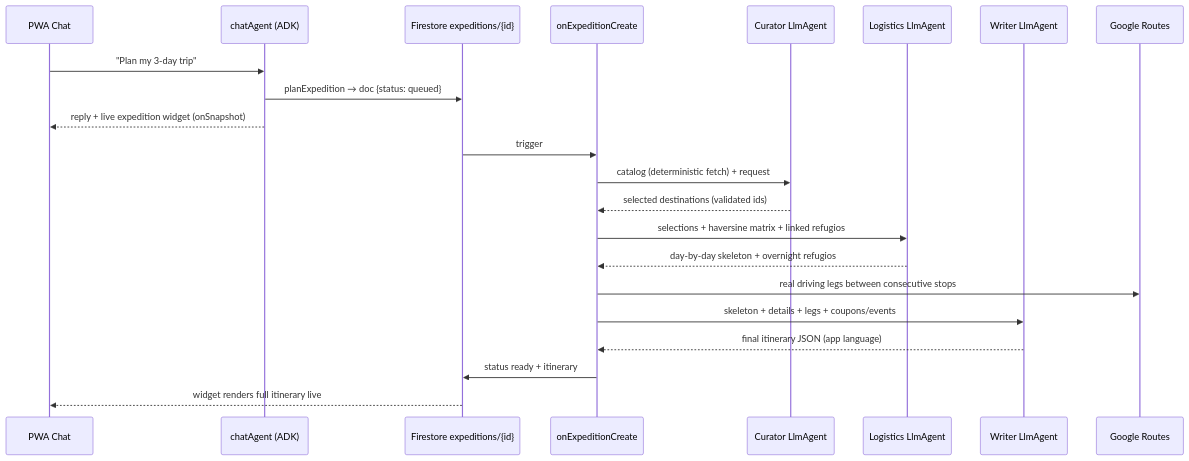
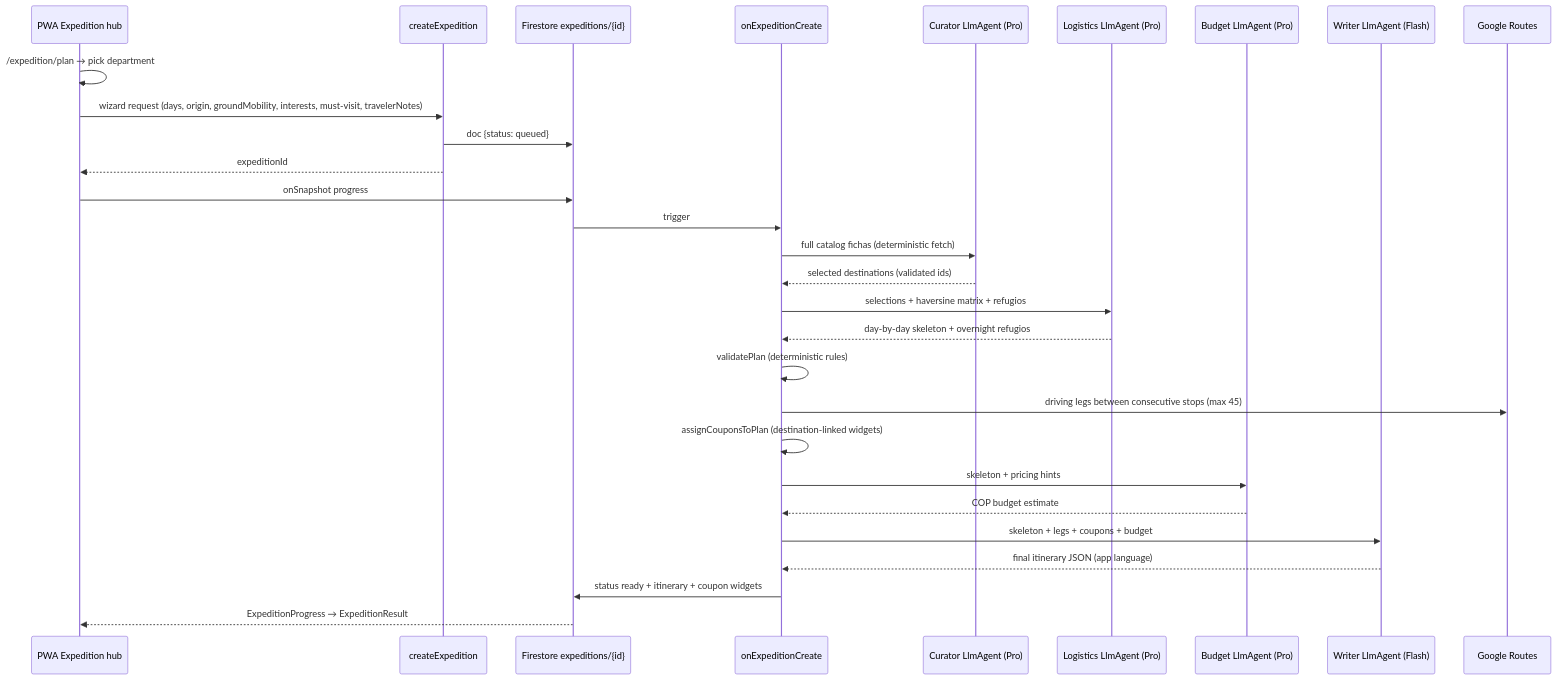
The third of 3 diagrams in docs/ARCHITECTURE.md (hiddenappco/hiddenapp), drawn with Mermaid before and after one commit. The commit also changed other lines of this file and 108 other files, not shown here.

First line of the commit message:
Post-submission development: expedition hub, Bitácora v2, thumb nav, and submission docs.

````diff
--- a/docs/ARCHITECTURE.md
+++ b/docs/ARCHITECTURE.md
@@ -266,25 +303,32 @@
 ```mermaid
 sequenceDiagram
-    participant PWA as PWA Chat
-    participant CHAT as chatAgent (ADK)
+    participant PWA as PWA Expedition hub
+    participant API as createExpedition
     participant FS as Firestore expeditions/{id}
     participant TRG as onExpeditionCreate
-    participant CUR as Curator LlmAgent
-    participant LOG as Logistics LlmAgent
-    participant WRT as Writer LlmAgent
+    participant CUR as Curator LlmAgent (Pro)
+    participant LOG as Logistics LlmAgent (Pro)
+    participant BUD as Budget LlmAgent (Pro)
+    participant WRT as Writer LlmAgent (Flash)
     participant Maps as Google Routes
 
-    PWA->>CHAT: "Plan my 3-day trip"
-    CHAT->>FS: planExpedition → doc {status: queued}
-    CHAT-->>PWA: reply + live expedition widget (onSnapshot)
+    PWA->>PWA: /expedition/plan → pick department
+    PWA->>API: wizard request (days, origin, groundMobility, interests, must-visit, travelerNotes)
+    API->>FS: doc {status: queued}
+    API-->>PWA: expeditionId
+    PWA->>FS: onSnapshot progress
     FS->>TRG: trigger
-    TRG->>CUR: catalog (deterministic fetch) + request
+    TRG->>CUR: full catalog fichas (deterministic fetch)
     CUR-->>TRG: selected destinations (validated ids)
-    TRG->>LOG: selections + haversine matrix + linked refugios
+    TRG->>LOG: selections + haversine matrix + refugios
     LOG-->>TRG: day-by-day skeleton + overnight refugios
-    TRG->>Maps: real driving legs between consecutive stops
-    TRG->>WRT: skeleton + details + legs + coupons/events
+    TRG->>TRG: validatePlan (deterministic rules)
+    TRG->>Maps: driving legs between consecutive stops (max 45)
+    TRG->>TRG: assignCouponsToPlan (destination-linked widgets)
+    TRG->>BUD: skeleton + pricing hints
+    BUD-->>TRG: COP budget estimate
+    TRG->>WRT: skeleton + legs + coupons + budget
     WRT-->>TRG: final itinerary JSON (app language)
-    TRG->>FS: status ready + itinerary
-    FS-->>PWA: widget renders full itinerary live
+    TRG->>FS: status ready + itinerary + coupon widgets
+    FS-->>PWA: ExpeditionProgress → ExpeditionResult
 ```
````
